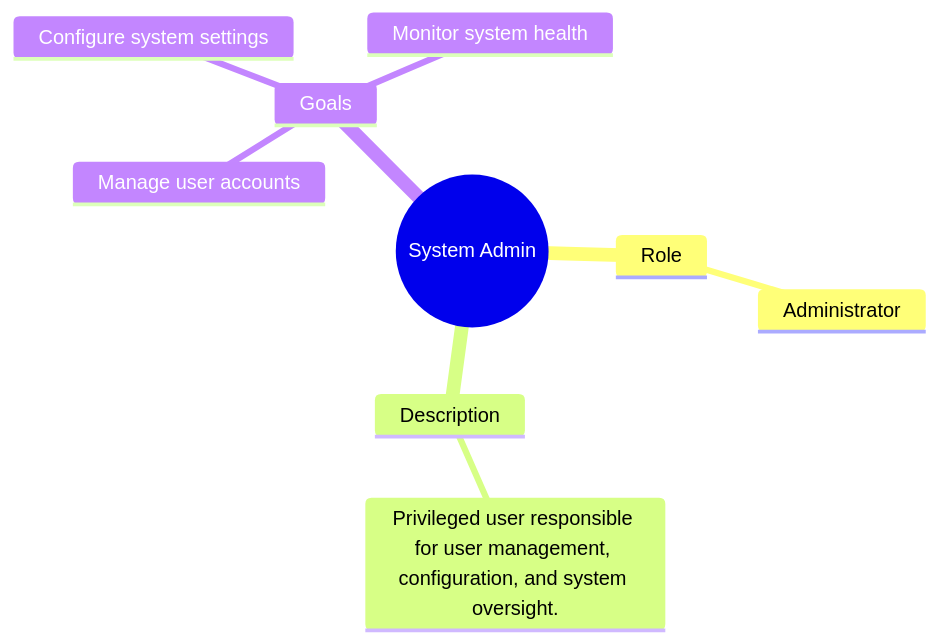
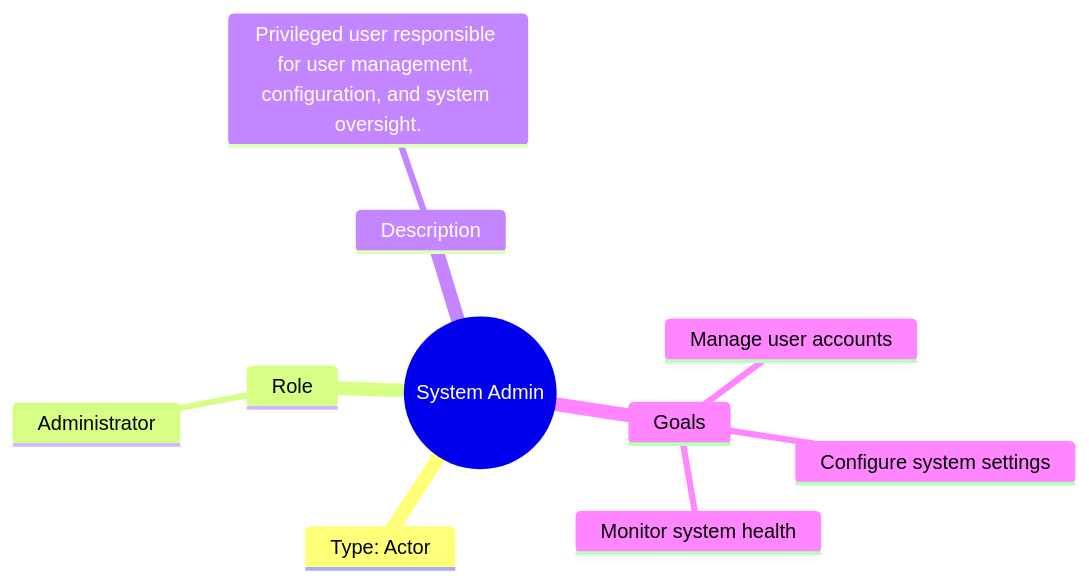
Before and after one commit to futurefoundai/foundryspec: the diagram in packages/core/templates/scaffolds/personas/PER_Admin.mermaid, drawn with Mermaid. The commit also changed 52 other files, not shown here.

```diff
--- a/packages/core/templates/scaffolds/personas/PER_Admin.mermaid
+++ b/packages/core/templates/scaffolds/personas/PER_Admin.mermaid
@@ -1,15 +1,16 @@
 ---
 title: System Admin
 description: Privileged user responsible for system management.
 id: "PER_Admin"
 ---
 mindmap
   PER_Admin((System Admin))
+    Type: Actor
     Role
       Administrator
     Description
       Privileged user responsible for user management, configuration, and system oversight.
     Goals
       Manage user accounts
       Configure system settings
       Monitor system health
```
